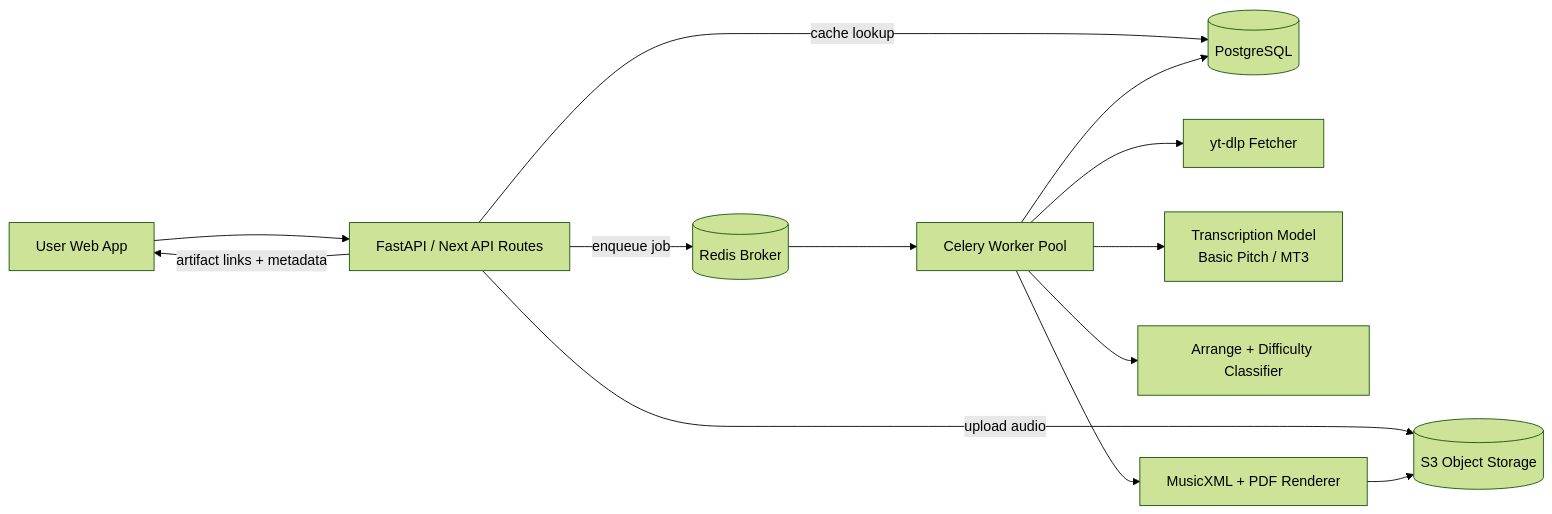
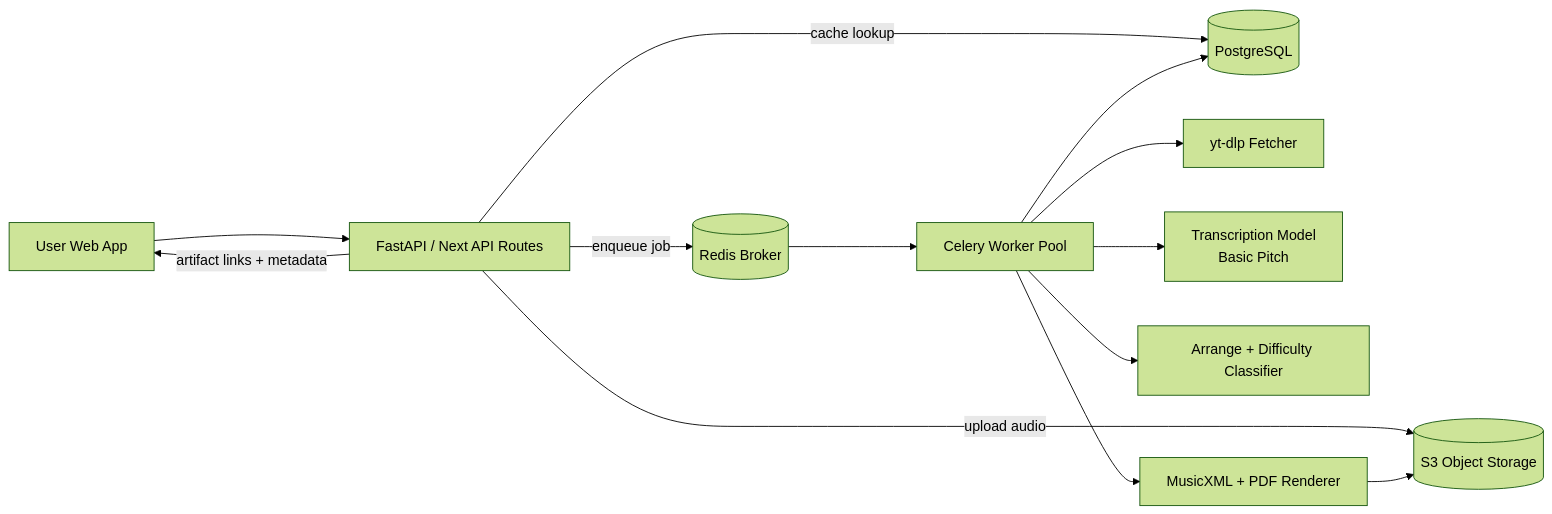
One commit to Oh-Sheet-Team/oh-sheet changed the diagram in docs/oh-sheet-prd-mvp.md. Above: the diagram before and after it, drawn with Mermaid (forest theme). The commit also changed other lines of this file and 22 other files, not shown here.

````diff
--- a/docs/oh-sheet-prd-mvp.md
+++ b/docs/oh-sheet-prd-mvp.md
@@ -189,15 +189,15 @@
 ```mermaid
 flowchart LR
   U[User Web App] --> API[FastAPI / Next API Routes]
   API -->|cache lookup| DB[(PostgreSQL)]
   API -->|upload audio| S3[(S3 Object Storage)]
   API -->|enqueue job| R[(Redis Broker)]
   R --> W[Celery Worker Pool]
   W --> Y[yt-dlp Fetcher]
-  W --> T[Transcription Model\nBasic Pitch / MT3]
+  W --> T[Transcription Model\nBasic Pitch]
   W --> A[Arrange + Difficulty Classifier]
   W --> E[MusicXML + PDF Renderer]
   E --> S3
   W --> DB
   API -->|artifact links + metadata| U
 ```
````
